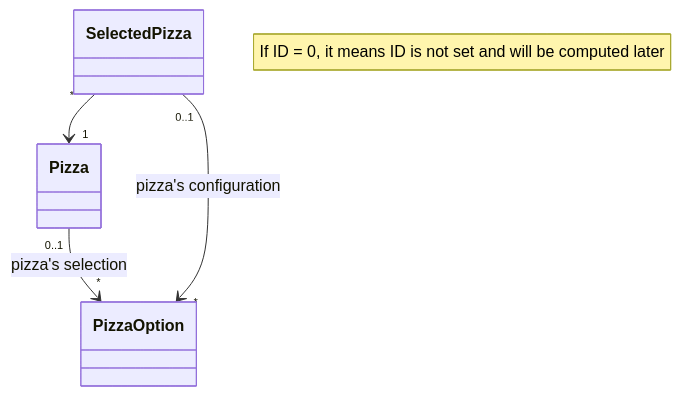
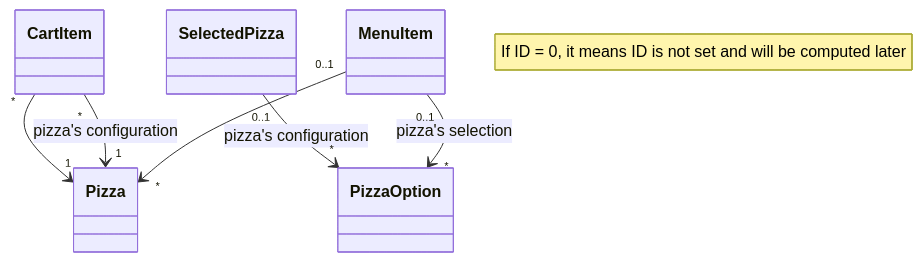
Before and after one commit to ekral/Utb.PizzaKiosk: the diagram in README.md, drawn with Mermaid.

````diff
--- a/README.md
+++ b/README.md
@@ -162,11 +162,14 @@
 ```mermaid
  classDiagram
    note "If ID = 0, it means ID is not set and will be computed later"
    %% direction LR
    class PizzaOption
    class Pizza
-   class SelectedPizza
-   Pizza "0..1" --> "*"  PizzaOption : pizza's selection
-   SelectedPizza "*" --> "1"  Pizza
+   class MenuItem
+   class CartItem
+   MenuItem "0..1" --> "*"  Pizza
+   MenuItem "0..1" --> "*"  PizzaOption : pizza's selection
+   CartItem "*" --> "1"  Pizza : pizza's configuration
+   CartItem "*" --> "1"  Pizza
    SelectedPizza "0..1" --> "*"  PizzaOption : pizza's configuration
 ```
````
